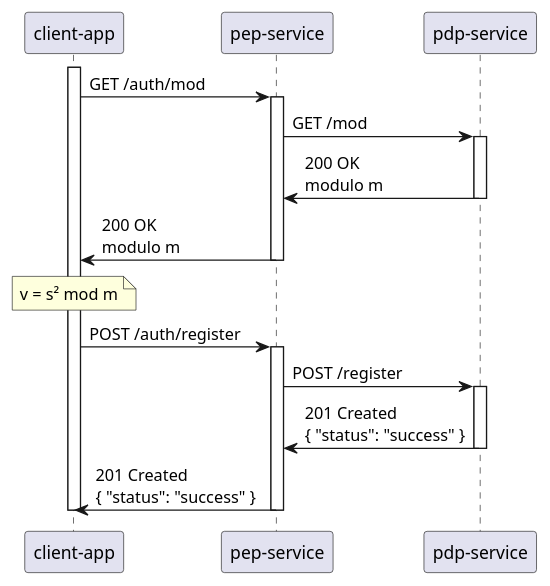
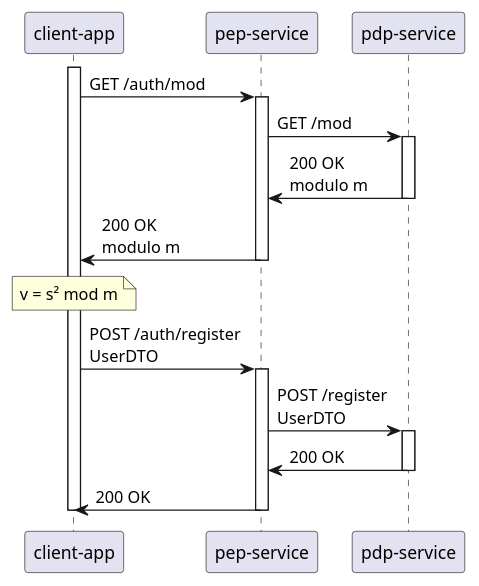
Before and after one commit to nschubi/zero-trust-zkp-poc: the diagram in doc/plantuml/register_user.puml, drawn with PlantUML. The commit also changed 1 other file, not shown here.

Commit message:
[zero-trust-zkp-poc] update sequence diagrams

```diff
--- a/doc/plantuml/register_user.puml
+++ b/doc/plantuml/register_user.puml
@@ -1,28 +1,29 @@
 @startuml
 participant "client-app" as client
 participant "pep-service" as pep
 participant "pdp-service" as pdp
 
 activate client
 client -> pep : GET /auth/mod
 activate pep
 pep -> pdp : GET /mod
 activate pdp
 pdp -> pep : 200 OK\nmodulo m
 deactivate pdp
 pep -> client : 200 OK\nmodulo m
 deactivate pep
 
 note over client : v = s² mod m
 
-client -> pep : POST /auth/register
+client -> pep : POST /auth/register\nUserDTO
+'\n{\n  "username": "alice",\n  "secret": "1234567890"\n}
 activate pep
-pep -> pdp : POST /register
+pep -> pdp : POST /register\nUserDTO
 activate pdp
-pdp -> pep : 201 Created\n{ "status": "success" }
+pdp -> pep : 200 OK
 deactivate pdp
-pep -> client : 201 Created\n{ "status": "success" }
+pep -> client : 200 OK
 deactivate pep
 
 deactivate client
 @enduml
```
